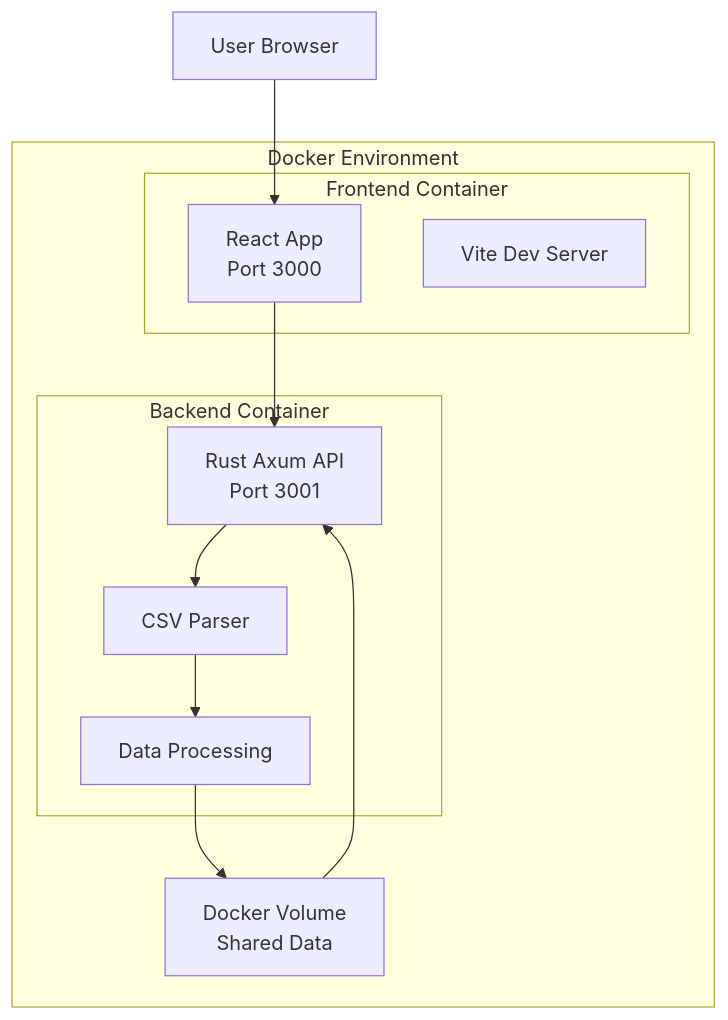
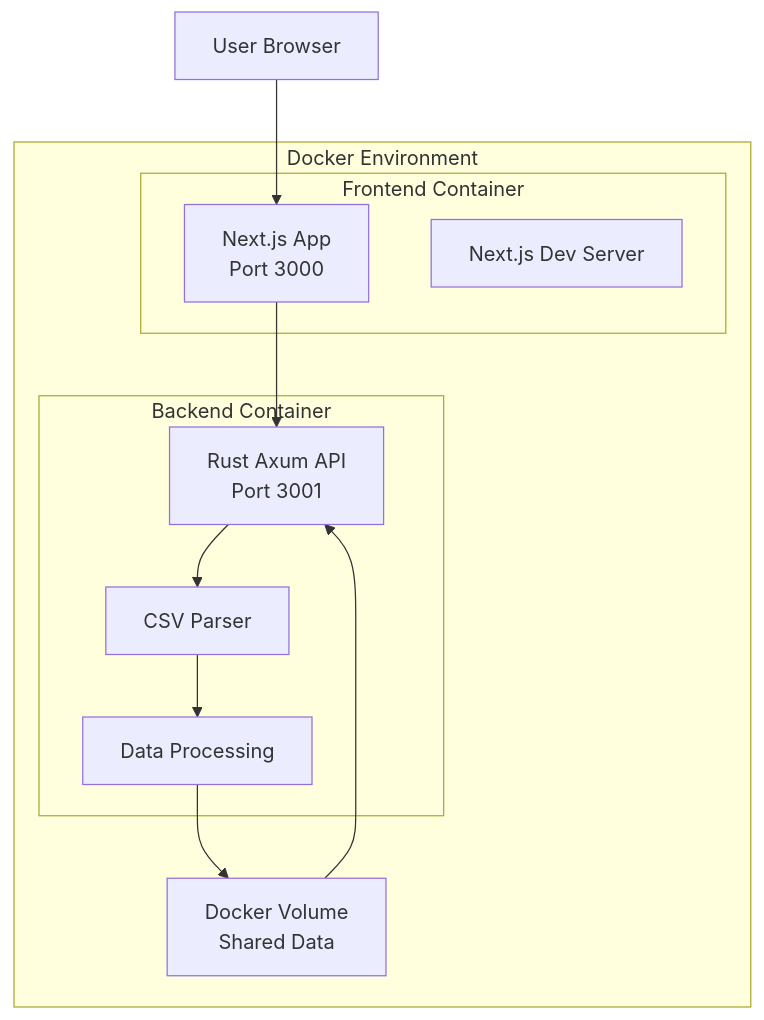
One commit to AobaIwaki123/cursor-usage-monitor changed the diagram in .kiro/specs/cursor-usage-dashboard/design.md. Above: the diagram before and after it, drawn with Mermaid. The commit also changed other lines of this file and 1 other file, not shown here.

````diff
--- a/.kiro/specs/cursor-usage-dashboard/design.md
+++ b/.kiro/specs/cursor-usage-dashboard/design.md
@@ -11,24 +11,24 @@
 ```mermaid
 graph TB
     subgraph "Docker Environment"
         subgraph "Frontend Container"
-            A[React App<br/>Port 3000]
-            B[Vite Dev Server]
+            A[Next.js App<br/>Port 3000]
+            B[Next.js Dev Server]
         end
         
         subgraph "Backend Container"
             C[Rust Axum API<br/>Port 3001]
             D[CSV Parser]
             E[Data Processing]
         end
         
         F[Docker Volume<br/>Shared Data]
     end
     
     G[User Browser] --> A
     A --> C
     C --> D
     D --> E
     E --> F
     F --> C
 ```
````
